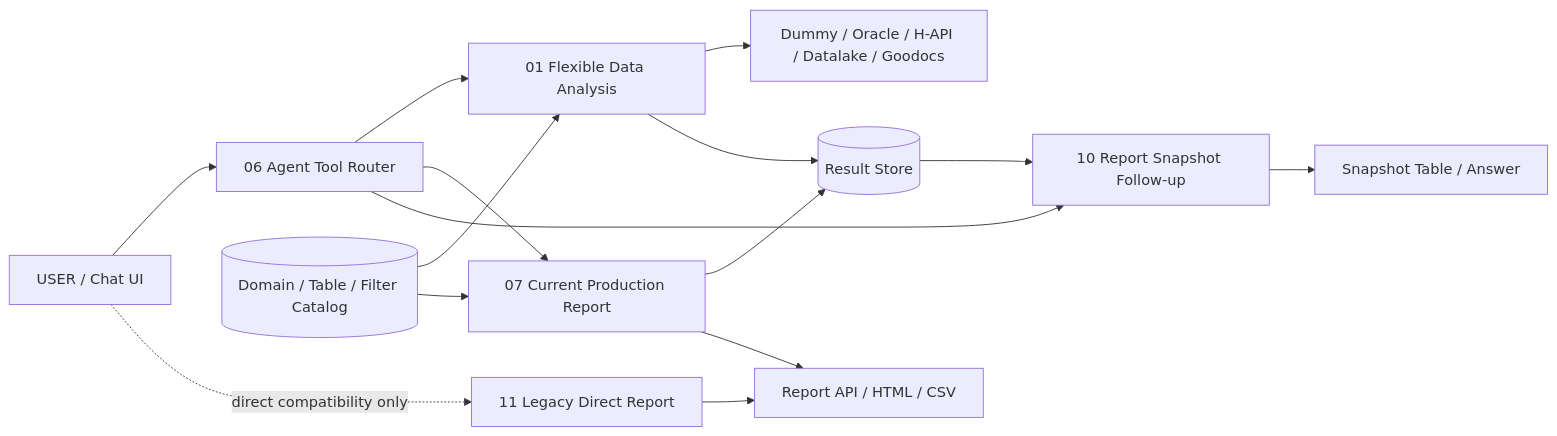
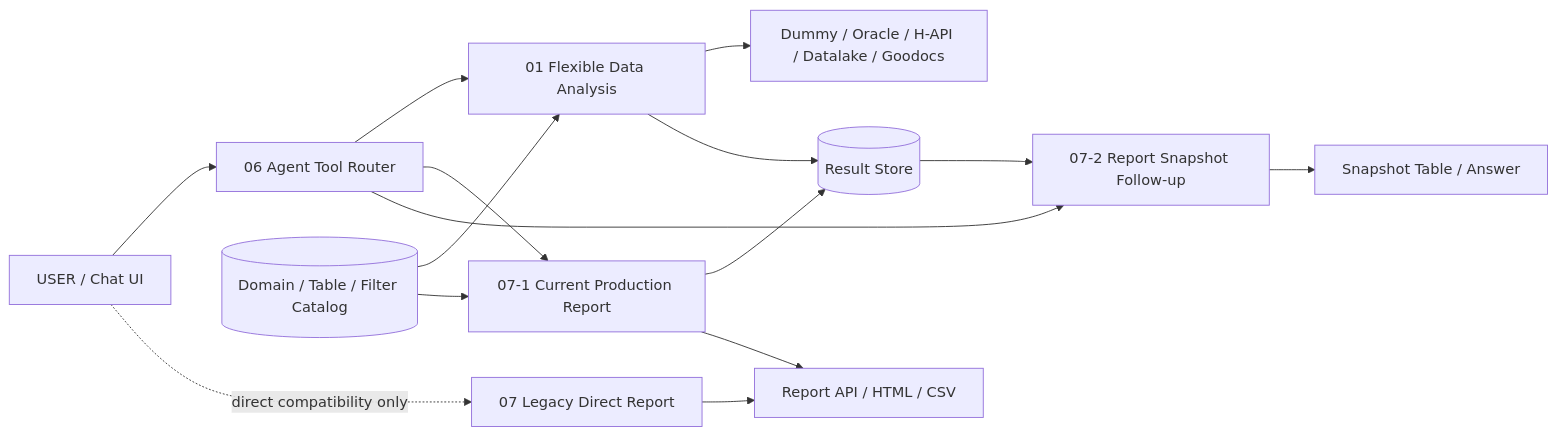
Before and after one commit to bongG-moon/metadata_driven_v5: the second of 8 diagrams in docs/AGENT_INTRODUCTION_PPT_OUTLINE.md, drawn with Mermaid. The commit also changed other lines of this file and 41 other files, not shown here.

````diff
--- a/docs/AGENT_INTRODUCTION_PPT_OUTLINE.md
+++ b/docs/AGENT_INTRODUCTION_PPT_OUTLINE.md
@@ -169,21 +169,21 @@
 ```mermaid
 flowchart LR
     U[USER / Chat UI] --> G[06 Agent Tool Router]
 
     G --> F01[01 Flexible Data Analysis]
-    G --> F07[07 Current Production Report]
-    G --> F10[10 Report Snapshot Follow-up]
-    U -. direct compatibility only .-> F11[11 Legacy Direct Report]
+    G --> F071[07-1 Current Production Report]
+    G --> F072[07-2 Report Snapshot Follow-up]
+    U -. direct compatibility only .-> F07[07 Legacy Direct Report]
 
     META[(Domain / Table / Filter Catalog)] --> F01
-    META --> F07
+    META --> F071
 
     F01 --> SRC[Dummy / Oracle / H-API / Datalake / Goodocs]
     F01 --> RS[(Result Store)]
 
-    F07 --> RS
-    RS --> F10
-    F07 --> ART[Report API / HTML / CSV]
-    F10 --> OUT[Snapshot Table / Answer]
-    F11 --> ART
+    F071 --> RS
+    RS --> F072
+    F071 --> ART[Report API / HTML / CSV]
+    F072 --> OUT[Snapshot Table / Answer]
+    F07 --> ART
 ```
````
